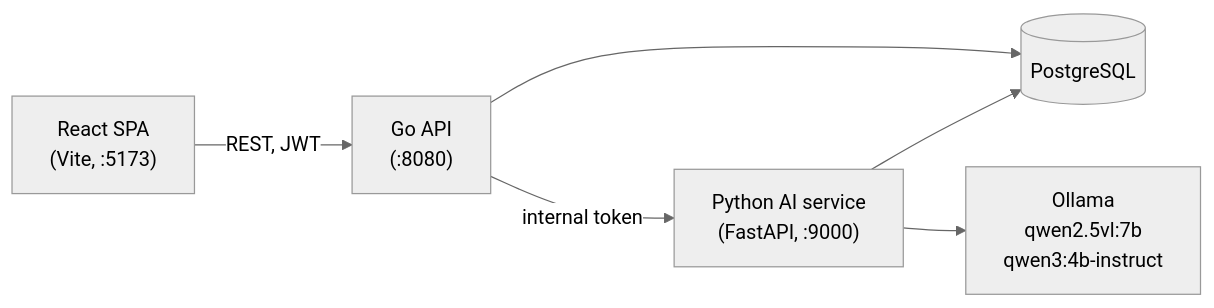
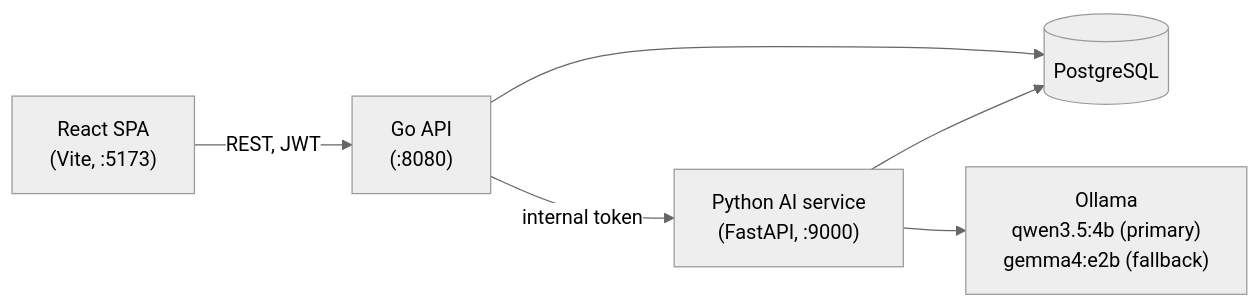
One commit to sagnik31/med-sum changed the diagram in README.md. Above: the diagram before and after it, drawn with Mermaid (neutral theme). The commit also changed other lines of this file and 5 other files, not shown here.

First line of the commit message:
feat(scripts): switch to qwen3.5:4b with a gemma4:e2b fallback

````diff
--- a/README.md
+++ b/README.md
@@ -24,8 +24,8 @@
 ```mermaid
 flowchart LR
     UI["React SPA<br/>(Vite, :5173)"] -->|"REST, JWT"| API["Go API<br/>(:8080)"]
     API -->|"internal token"| AI["Python AI service<br/>(FastAPI, :9000)"]
     API --> DB[("PostgreSQL")]
     AI --> DB
-    AI --> OL["Ollama<br/>qwen2.5vl:7b<br/>qwen3:4b-instruct"]
+    AI --> OL["Ollama<br/>qwen3.5:4b (primary)<br/>gemma4:e2b (fallback)"]
 ```
````
